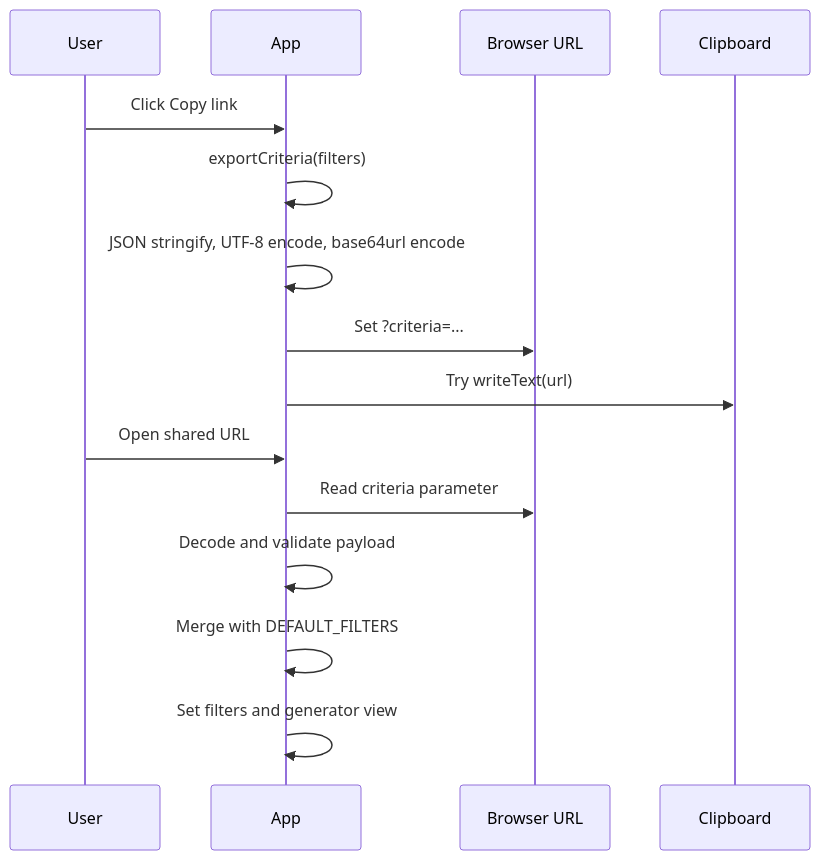
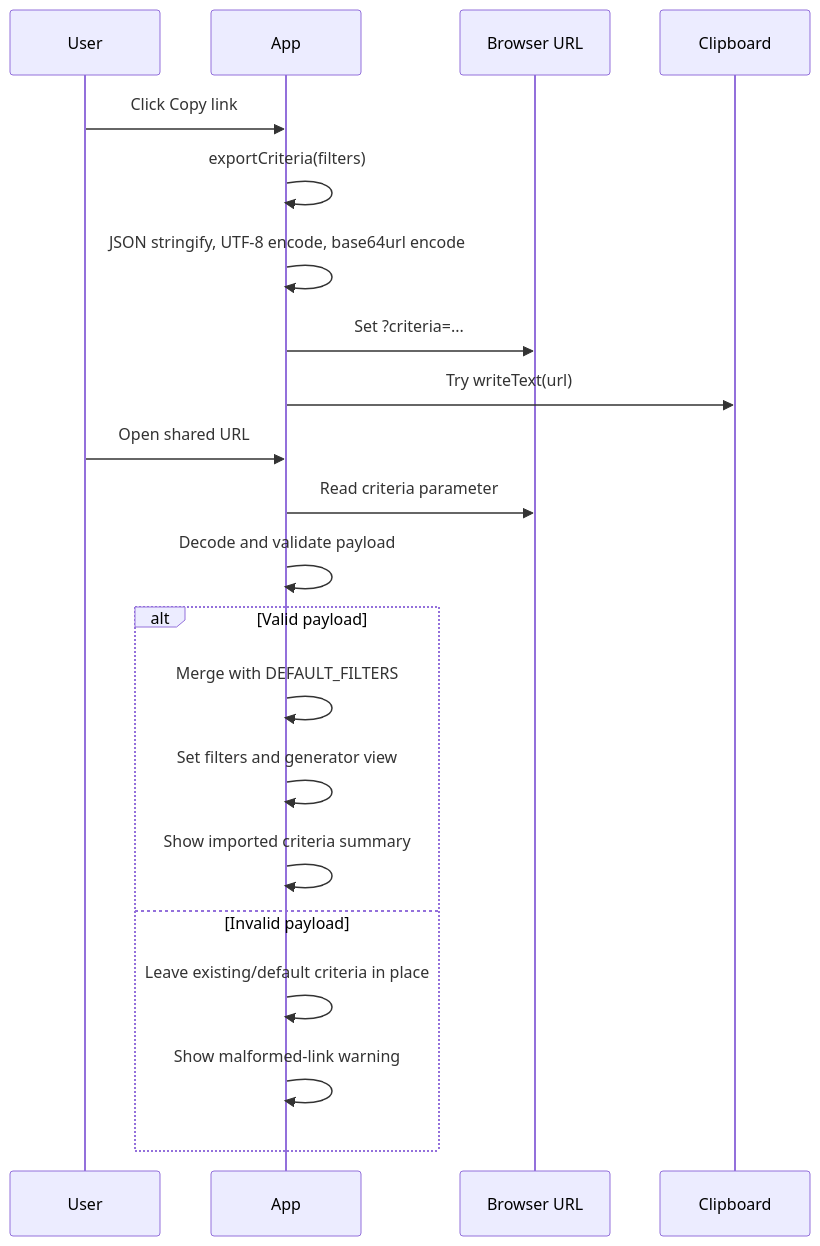
The tenth of 13 diagrams in docs/architecture.md (danysdragons/random-words), drawn with Mermaid before and after one commit. The commit also changed other lines of this file and 3 other files, not shown here.

````diff
--- a/docs/architecture.md
+++ b/docs/architecture.md
@@ -490,19 +490,25 @@
 ```mermaid
 sequenceDiagram
   participant User
   participant App
   participant URL as Browser URL
   participant Clipboard
 
   User->>App: Click Copy link
   App->>App: exportCriteria(filters)
   App->>App: JSON stringify, UTF-8 encode, base64url encode
   App->>URL: Set ?criteria=...
   App->>Clipboard: Try writeText(url)
 
   User->>App: Open shared URL
   App->>URL: Read criteria parameter
   App->>App: Decode and validate payload
-  App->>App: Merge with DEFAULT_FILTERS
-  App->>App: Set filters and generator view
+  alt Valid payload
+    App->>App: Merge with DEFAULT_FILTERS
+    App->>App: Set filters and generator view
+    App->>App: Show imported criteria summary
+  else Invalid payload
+    App->>App: Leave existing/default criteria in place
+    App->>App: Show malformed-link warning
+  end
 ```
````
